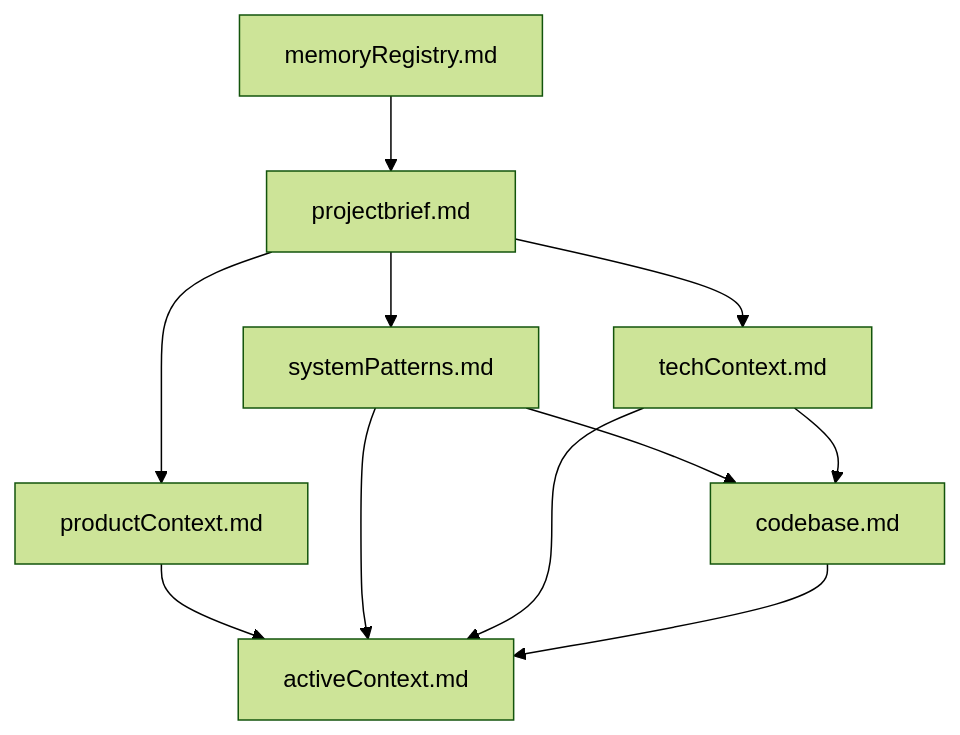
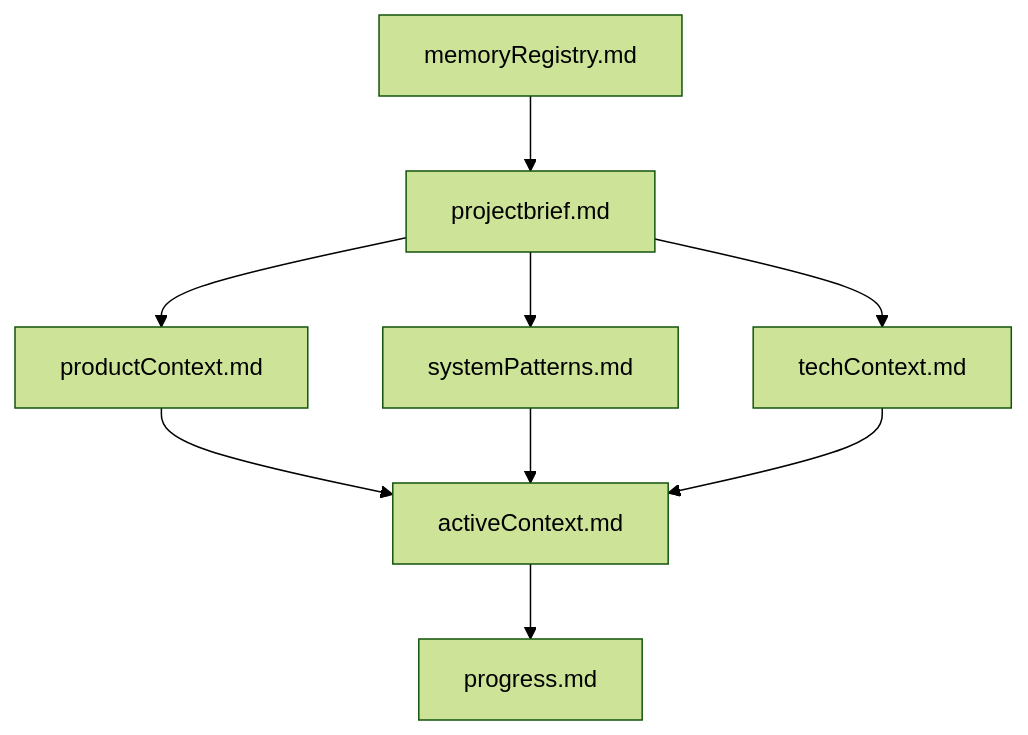
One commit to Inkmortal/LLM_Benchmarking changed the diagram in cline_memory/memoryRegistry.md. Above: the diagram before and after it, drawn with Mermaid (forest theme). The commit also changed other lines of this file and 5 other files, not shown here.

````diff
--- a/cline_memory/memoryRegistry.md
+++ b/cline_memory/memoryRegistry.md
@@ -21,13 +51,11 @@
 ```mermaid
 flowchart TD
     MR[memoryRegistry.md] --> PB[projectbrief.md]
     PB --> PC[productContext.md]
     PB --> SP[systemPatterns.md]
     PB --> TC[techContext.md]
     PC --> AC[activeContext.md]
     SP --> AC
     TC --> AC
-    SP --> CB[codebase.md]
-    TC --> CB
-    CB --> AC
+    AC --> P[progress.md]
 ```
````
